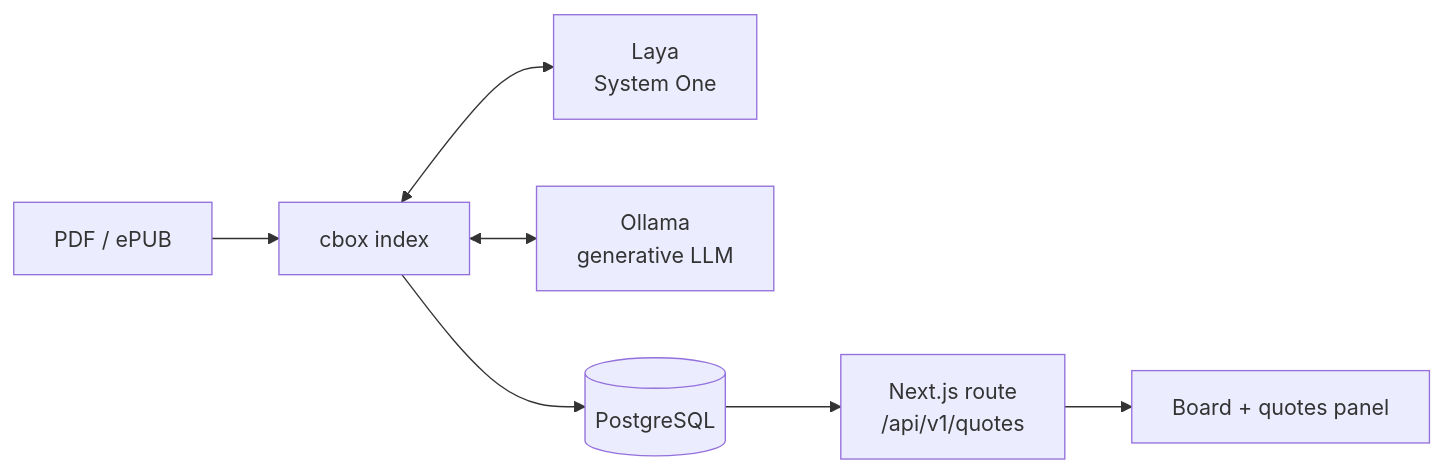
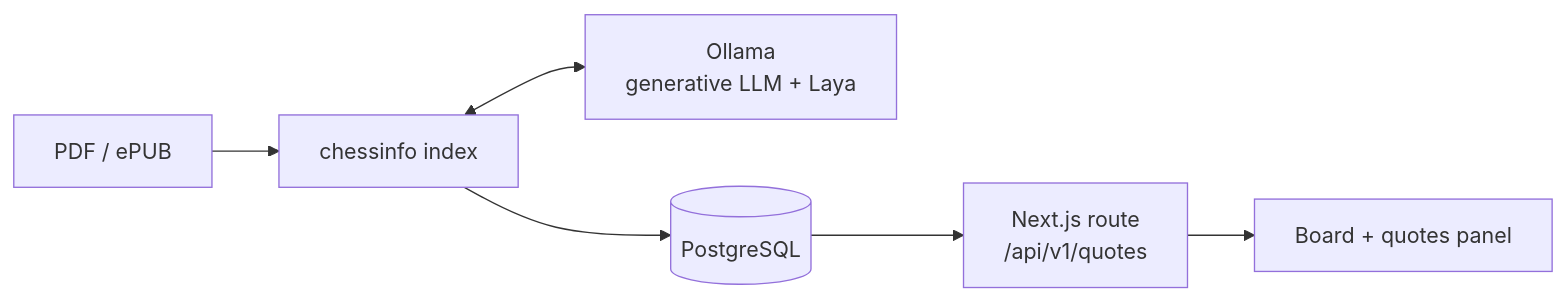
One commit to gustavowkayser/chessbox-informant changed the first of 2 diagrams in docs/architecture.md. Above: the diagram before and after it, drawn with Mermaid. The commit also changed other lines of this file and 4 other files, not shown here.

First line of the commit message:
docs: Rename CLI to chessinfo, serve Laya through Ollama, complete M0

````diff
--- a/docs/architecture.md
+++ b/docs/architecture.md
@@ -10,9 +10,8 @@
 ```mermaid
 flowchart LR
-    book[PDF / ePUB] --> cli[cbox index]
-    cli <--> laya[Laya<br/>System One]
-    cli <--> ollama[Ollama<br/>generative LLM]
+    book[PDF / ePUB] --> cli[chessinfo index]
+    cli <--> ollama[Ollama<br/>generative LLM + Laya]
     cli --> db[(PostgreSQL)]
     db --> api[Next.js route<br/>/api/v1/quotes]
     api --> ui[Board + quotes panel]
 ```
````
